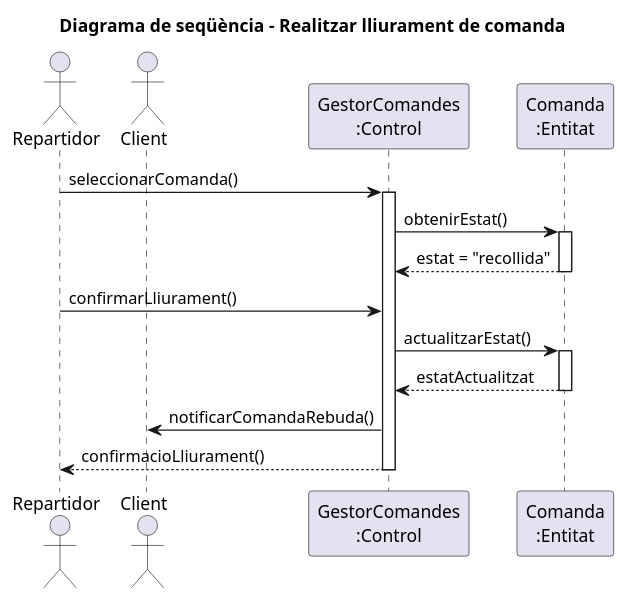
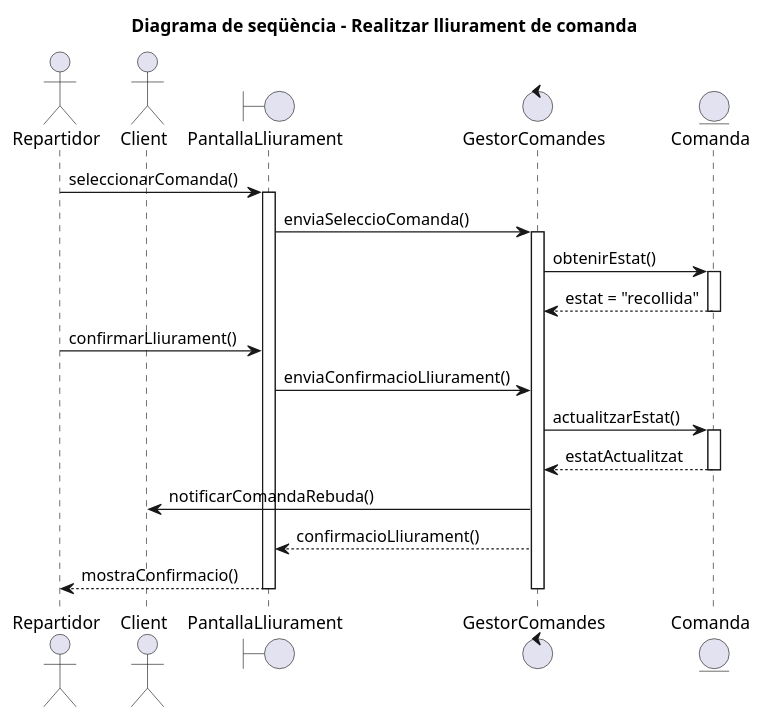
The diagram in diagrames/sequencia/casos/repartidor/realitzar-lliurament.puml (enricalv03/ES23UAB-411-08), drawn with PlantUML before and after one commit.

```diff
--- a/diagrames/sequencia/casos/repartidor/realitzar-lliurament.puml
+++ b/diagrames/sequencia/casos/repartidor/realitzar-lliurament.puml
@@ -1,28 +1,36 @@
 @startuml
-title Diagrama de seqüència - Realitzar lliurament de comanda
+title Diagrama de seqüència - Realitzar lliurament de comanda  
 
 actor Repartidor
 actor Client
 
-participant "GestorComandes\n:Control" as Gestor
-participant "Comanda\n:Entitat" as ComandaDB
+boundary "PantallaLliurament" as Pantalla
+control "GestorComandes" as Gestor
+entity "Comanda" as ComandaDB
 
-Repartidor -> Gestor: seleccionarComanda()
+Repartidor -> Pantalla: seleccionarComanda()
+activate Pantalla
+
+Pantalla -> Gestor: enviaSeleccioComanda()
 activate Gestor
 
 Gestor -> ComandaDB: obtenirEstat()
 activate ComandaDB
 ComandaDB --> Gestor: estat = "recollida"
 deactivate ComandaDB
 
-Repartidor -> Gestor: confirmarLliurament()
+Repartidor -> Pantalla: confirmarLliurament()
+Pantalla -> Gestor: enviaConfirmacioLliurament()
+
 Gestor -> ComandaDB: actualitzarEstat()
 activate ComandaDB
 ComandaDB --> Gestor: estatActualitzat
 deactivate ComandaDB
 
 Gestor -> Client: notificarComandaRebuda()
-Gestor --> Repartidor: confirmacioLliurament()
+Gestor --> Pantalla: confirmacioLliurament()
+Pantalla --> Repartidor: mostraConfirmacio()
 
 deactivate Gestor
+deactivate Pantalla
 @enduml
```
